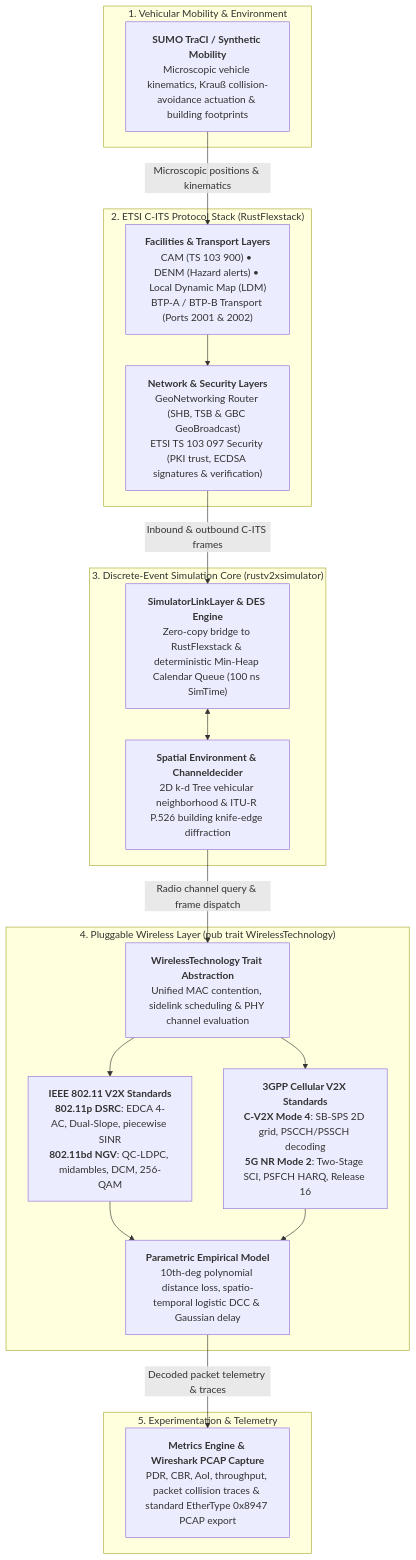
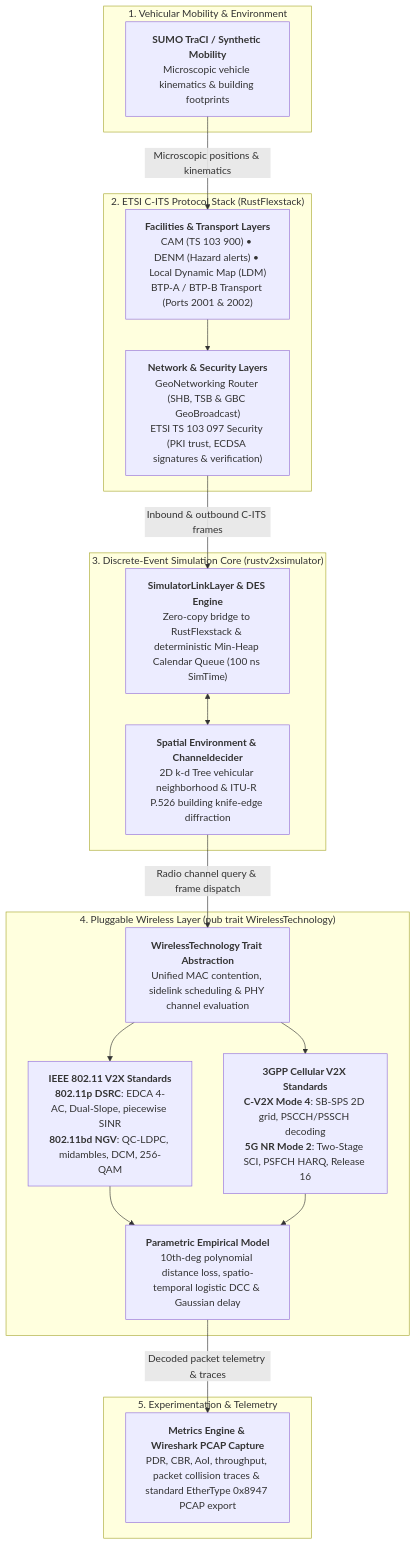
The diagram in docs/index.md (Fundacio-i2CAT/RustV2XSimulator), drawn with Mermaid before and after one commit. The commit also changed other lines of this file and 34 other files, not shown here.

First line of the commit message:
Remove Krauss actuation, EEBL pipeline, paper ablation flags, and Monaco/CARISSMA configs

````diff
--- a/docs/index.md
+++ b/docs/index.md
@@ -13,40 +13,40 @@
 ```mermaid
 flowchart TD
     subgraph Mobility ["1. Vehicular Mobility & Environment"]
-        Scenarios["<b>SUMO TraCI / Synthetic Mobility</b><br/>Microscopic vehicle kinematics, Krauß collision-avoidance actuation & building footprints"]
+        Scenarios["<b>SUMO TraCI / Synthetic Mobility</b><br/>Microscopic vehicle kinematics & building footprints"]
     end
 
     subgraph Stack ["2. ETSI C-ITS Protocol Stack (RustFlexstack)"]
         FacTrans["<b>Facilities & Transport Layers</b><br/>CAM (TS 103 900) &bull; DENM (Hazard alerts) &bull; Local Dynamic Map (LDM)<br/>BTP-A / BTP-B Transport (Ports 2001 & 2002)"]
         NetSec["<b>Network & Security Layers</b><br/>GeoNetworking Router (SHB, TSB & GBC GeoBroadcast)<br/>ETSI TS 103 097 Security (PKI trust, ECDSA signatures & verification)"]
         FacTrans --> NetSec
     end
 
     subgraph Engine ["3. Discrete-Event Simulation Core (rustv2xsimulator)"]
         LinkScheduler["<b>SimulatorLinkLayer & DES Engine</b><br/>Zero-copy bridge to RustFlexstack & deterministic Min-Heap Calendar Queue (100 ns SimTime)"]
         SpatialEnv["<b>Spatial Environment & Channeldecider</b><br/>2D k-d Tree vehicular neighborhood & ITU-R P.526 building knife-edge diffraction"]
         LinkScheduler <--> SpatialEnv
     end
 
     subgraph Wireless ["4. Pluggable Wireless Layer (pub trait WirelessTechnology)"]
         Trait["<b>WirelessTechnology Trait Abstraction</b><br/>Unified MAC contention, sidelink scheduling & PHY channel evaluation"]
         
         Wifi["<b>IEEE 802.11 V2X Standards</b><br/><b>802.11p DSRC</b>: EDCA 4-AC, Dual-Slope, piecewise SINR<br/><b>802.11bd NGV</b>: QC-LDPC, midambles, DCM, 256-QAM"]
         Cellular["<b>3GPP Cellular V2X Standards</b><br/><b>C-V2X Mode 4</b>: SB-SPS 2D grid, PSCCH/PSSCH decoding<br/><b>5G NR Mode 2</b>: Two-Stage SCI, PSFCH HARQ, Release 16"]
         Parametric["<b>Parametric Empirical Model</b><br/>10th-deg polynomial distance loss, spatio-temporal logistic DCC & Gaussian delay"]
         
         Trait --> Wifi
         Trait --> Cellular
         Wifi --> Parametric
         Cellular --> Parametric
     end
 
     subgraph Telemetry ["5. Experimentation & Telemetry"]
         TelemetryOut["<b>Metrics Engine & Wireshark PCAP Capture</b><br/>PDR, CBR, AoI, throughput, packet collision traces & standard EtherType 0x8947 PCAP export"]
     end
 
     Scenarios -->|"Microscopic positions & kinematics"| FacTrans
     NetSec -->|"Inbound & outbound C-ITS frames"| LinkScheduler
     SpatialEnv -->|"Radio channel query & frame dispatch"| Trait
     Parametric -->|"Decoded packet telemetry & traces"| TelemetryOut
 ```
````
